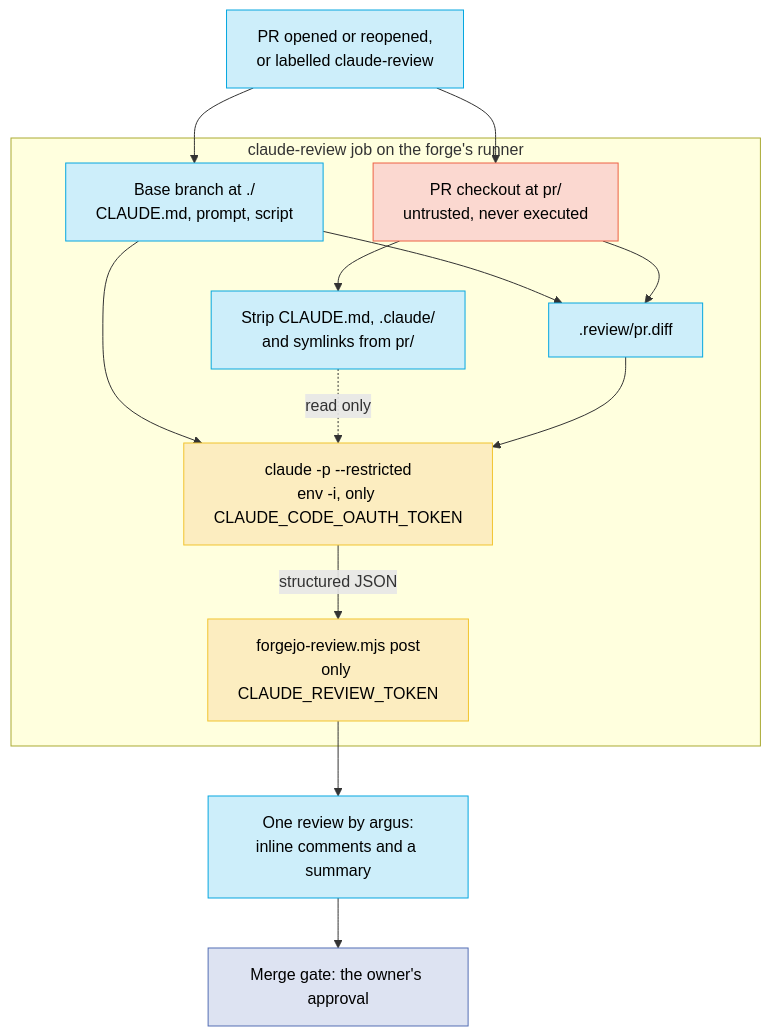
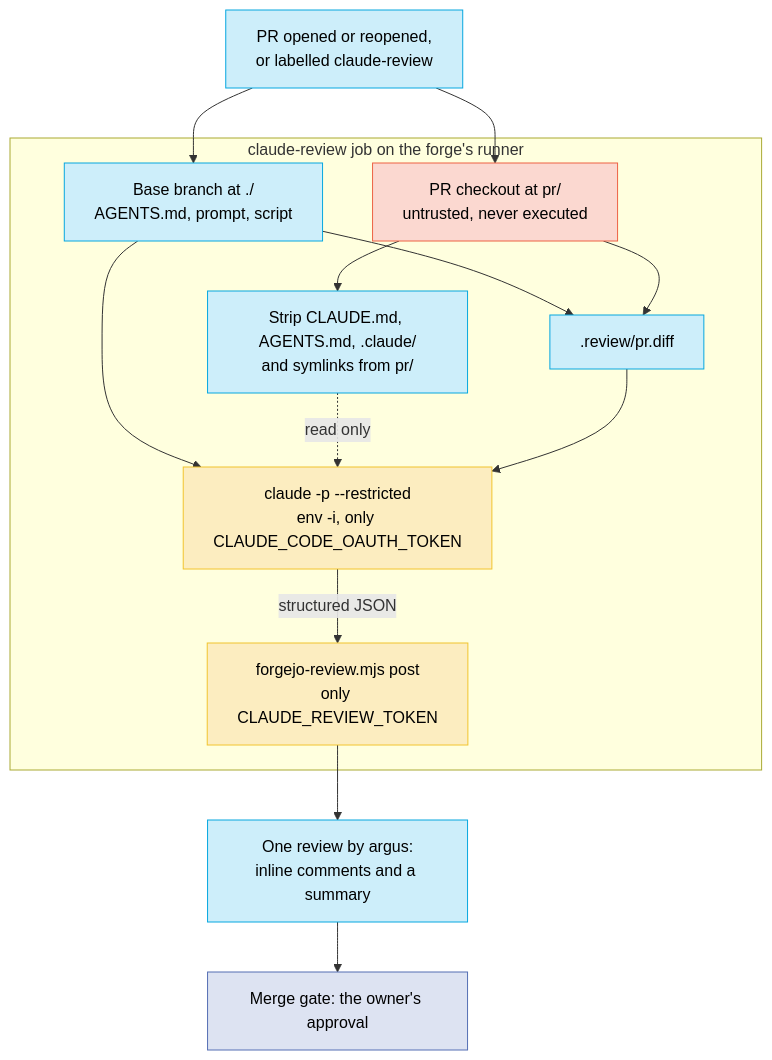
The diagram in docs/claude-review.md (bryankennedy/dotfiles), drawn with Mermaid before and after one commit. The commit also changed other lines of this file and 11 other files, not shown here.

````diff
--- a/docs/claude-review.md
+++ b/docs/claude-review.md
@@ -23,30 +23,30 @@
 ```mermaid
 flowchart TB
   trigger["PR opened or reopened,<br/>or labelled claude-review"] --> base & head
   subgraph job["claude-review job on the forge's runner"]
-    base["Base branch at ./<br/>CLAUDE.md, prompt, script"]
+    base["Base branch at ./<br/>AGENTS.md, prompt, script"]
     head["PR checkout at pr/<br/>untrusted, never executed"]
-    strip["Strip CLAUDE.md, .claude/<br/>and symlinks from pr/"]
+    strip["Strip CLAUDE.md, AGENTS.md, .claude/<br/>and symlinks from pr/"]
     diff[".review/pr.diff"]
     claude["claude -p --restricted<br/>env -i, only CLAUDE_CODE_OAUTH_TOKEN"]
     post["forgejo-review.mjs post<br/>only CLAUDE_REVIEW_TOKEN"]
     base --> diff
     head --> diff
     head --> strip
     base --> claude
     strip -. read only .-> claude
     diff --> claude
     claude -->|structured JSON| post
   end
   post --> review["One review by argus:<br/>inline comments and a summary"]
   review --> gate["Merge gate: the owner's approval"]
 
   classDef trusted fill:#cdeefa,stroke:#06A7E0,color:#000
   classDef untrusted fill:#fbd8d0,stroke:#ED6245,color:#000
   classDef secret fill:#fcedc0,stroke:#F2C42E,color:#000
   classDef human fill:#dde3f2,stroke:#546EB4,color:#000
   class base,diff,review,trigger,strip trusted
   class head untrusted
   class claude,post secret
   class gate human
 ```
````
